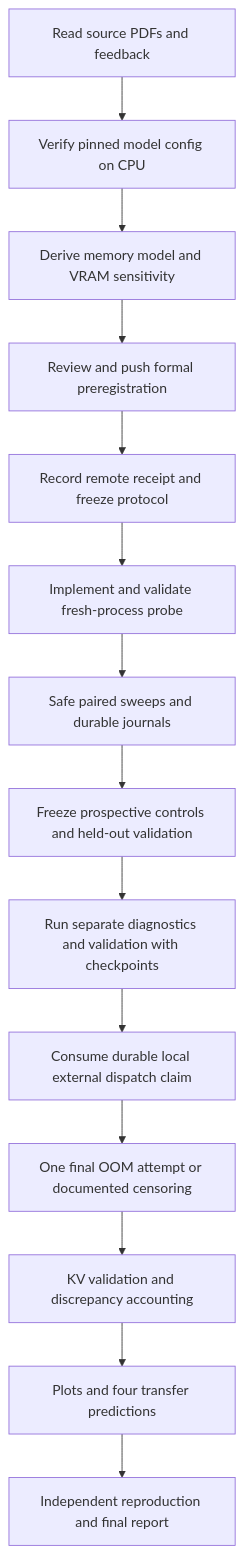
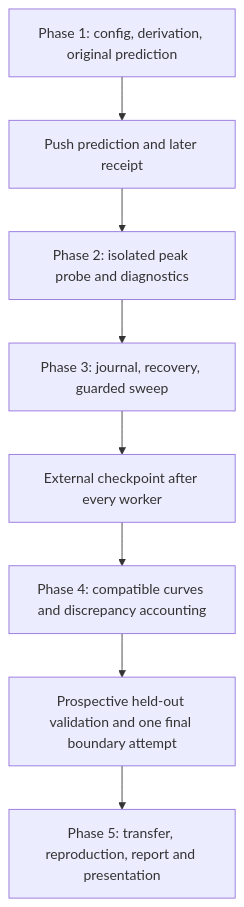
Before and after one commit to DevanshSharma351/KV-Cache-Scaling: the diagram in PROJECT_FLOW.md, drawn with Mermaid. The commit also changed other lines of this file and 45 other files, not shown here.

Commit message:
feat(project): unify five-phase flow and implement verified presentation pipeline

````diff
--- a/PROJECT_FLOW.md
+++ b/PROJECT_FLOW.md
@@ -5,16 +3,10 @@
 ```mermaid
 flowchart TD
-    A[Read source PDFs and feedback] --> B[Verify pinned model config on CPU]
-    B --> C[Derive memory model and VRAM sensitivity]
-    C --> D[Review and push formal preregistration]
-    D --> E[Record remote receipt and freeze protocol]
-    E --> F[Implement and validate fresh-process probe]
-    F --> G[Safe paired sweeps and durable journals]
-    G --> G2[Freeze prospective controls and held-out validation]
-    G2 --> G3[Run separate diagnostics and validation with checkpoints]
-    G3 --> G4[Consume durable local external dispatch claim]
-    G4 --> H[One final OOM attempt or documented censoring]
-    H --> I[KV validation and discrepancy accounting]
-    I --> J[Plots and four transfer predictions]
-    J --> K[Independent reproduction and final report]
+    A[Phase 1: config, derivation, original prediction] --> B[Push prediction and later receipt]
+    B --> C[Phase 2: isolated peak probe and diagnostics]
+    C --> D[Phase 3: journal, recovery, guarded sweep]
+    D --> E[External checkpoint after every worker]
+    E --> F[Phase 4: compatible curves and discrepancy accounting]
+    F --> G[Prospective held-out validation and one final boundary attempt]
+    G --> H[Phase 5: transfer, reproduction, report and presentation]
 ```
````
